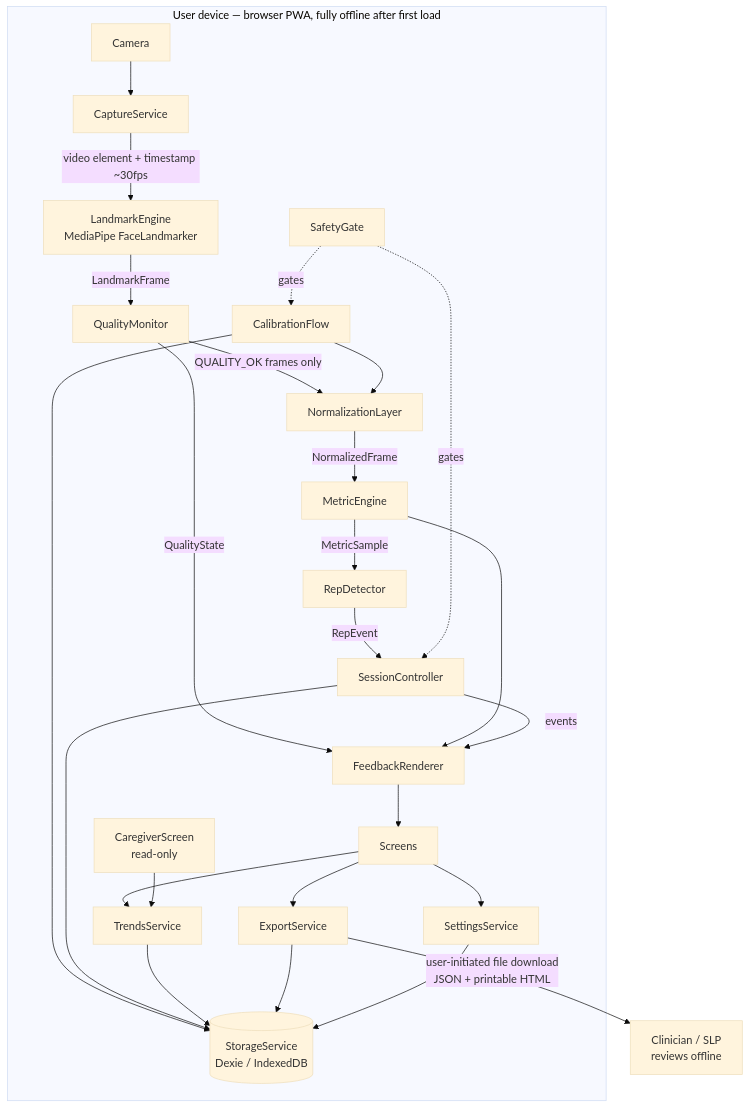
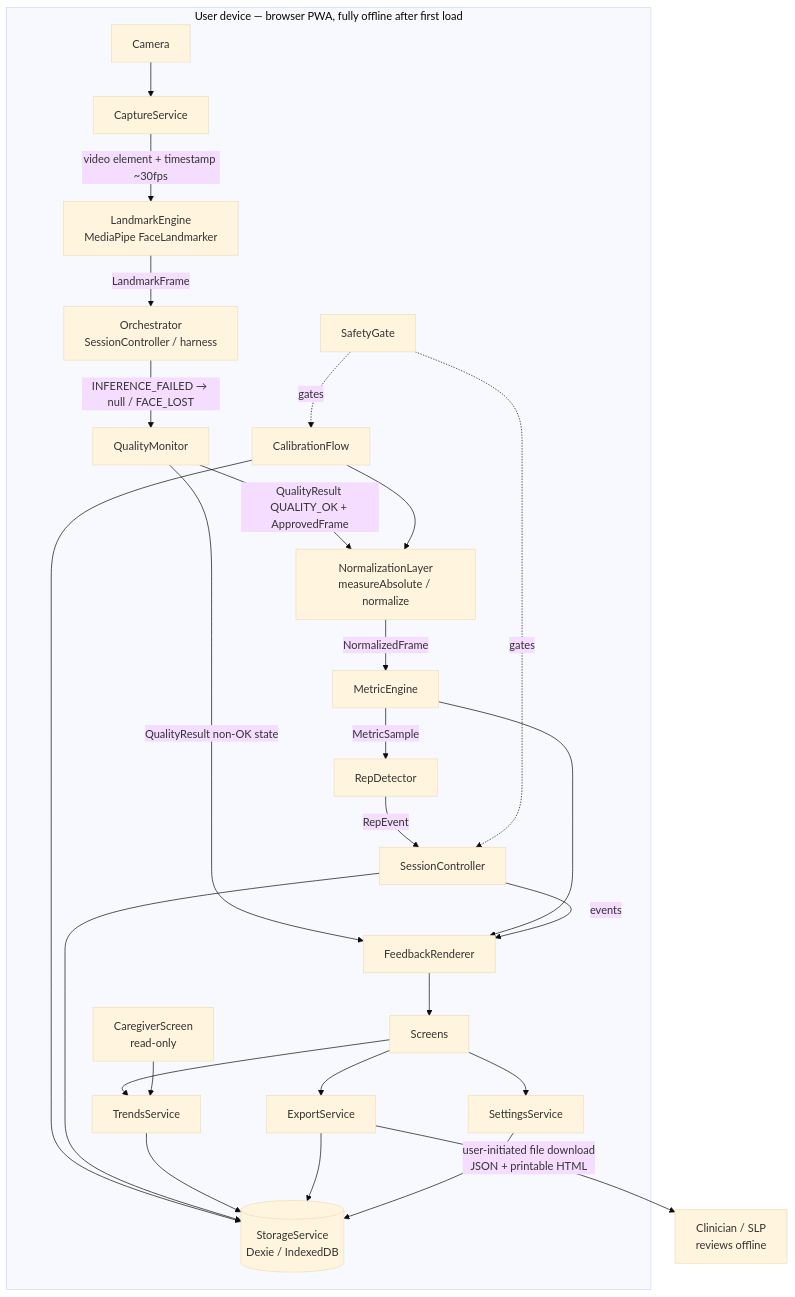
The diagram in docs/ARCHITECTURE.md (Helixo613/MirrorWell), drawn with Mermaid (base theme) before and after one commit. The commit also changed other lines of this file and 6 other files, not shown here.

````diff
--- a/docs/ARCHITECTURE.md
+++ b/docs/ARCHITECTURE.md
@@ -9,27 +9,28 @@
 ```mermaid
 flowchart TD
     subgraph Device["User device — browser PWA, fully offline after first load"]
         CAM[Camera] --> CS[CaptureService]
         CS -->|video element + timestamp ~30fps| LE[LandmarkEngine\nMediaPipe FaceLandmarker]
-        LE -->|LandmarkFrame| QM[QualityMonitor]
-        QM -->|QUALITY_OK frames only| NL[NormalizationLayer]
-        QM -->|QualityState| FR[FeedbackRenderer]
+        LE -->|LandmarkFrame| ORCH[Orchestrator\nSessionController / harness]
+        ORCH -->|INFERENCE_FAILED → null / FACE_LOST| QM[QualityMonitor]
+        QM -->|QualityResult QUALITY_OK + ApprovedFrame| NL[NormalizationLayer\nmeasureAbsolute / normalize]
+        QM -->|QualityResult non-OK state| FR[FeedbackRenderer]
         NL -->|NormalizedFrame| ME[MetricEngine]
         ME -->|MetricSample| RD[RepDetector]
         ME --> FR
         RD -->|RepEvent| SC[SessionController]
         SC -->|events| FR
         FR --> UI[Screens]
         SG[SafetyGate] -.gates.-> SC
         SG -.gates.-> CF[CalibrationFlow]
         CF --> NL
         CF --> SS[(StorageService\nDexie / IndexedDB)]
         SC --> SS
         TS[TrendsService] --> SS
         ES[ExportService] --> SS
         SET[SettingsService] --> SS
         UI --> TS & ES & SET
         CGV[CaregiverScreen\nread-only] --> TS
     end
     ES -->|user-initiated file download\nJSON + printable HTML| CLIN[Clinician / SLP\nreviews offline]
 ```
````
